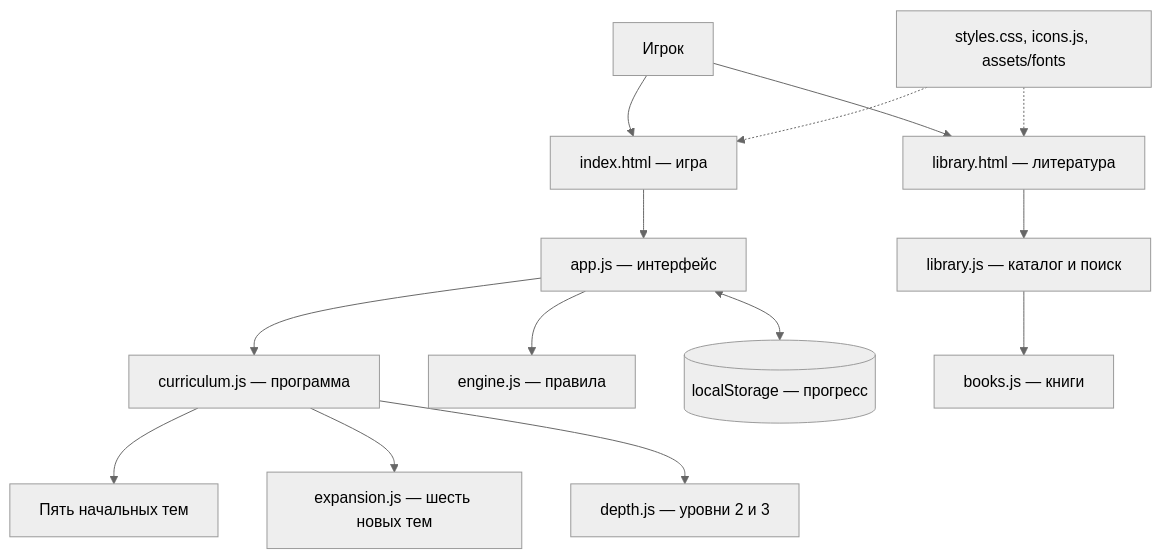
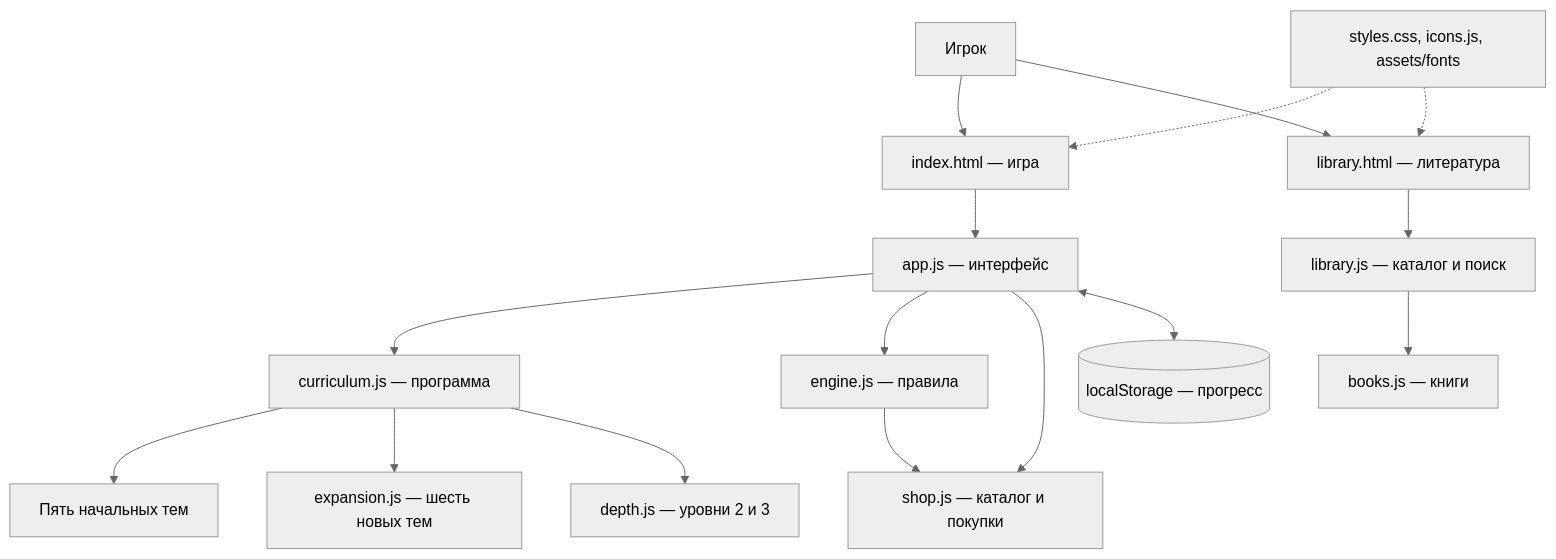
One commit to KhokhlovArtem/AI-Magic changed the second of 10 diagrams in README.md. Above: the diagram before and after it, drawn with Mermaid (neutral theme). The commit also changed other lines of this file and 7 other files, not shown here.

````diff
--- a/README.md
+++ b/README.md
@@ -118,18 +121,20 @@
 ```mermaid
 flowchart TB
     Player["Игрок"] --> Main["index.html — игра"]
     Player --> Library["library.html — литература"]
 
     Main --> App["app.js — интерфейс"]
     App --> Curriculum["curriculum.js — программа"]
     Curriculum --> Base["Пять начальных тем"]
     Curriculum --> Expansion["expansion.js — шесть новых тем"]
     Curriculum --> Depth["depth.js — уровни 2 и 3"]
     App --> Engine["engine.js — правила"]
+    App --> Shop["shop.js — каталог и покупки"]
+    Engine --> Shop
     App <--> Storage[("localStorage — прогресс")]
 
     Library --> LibraryUI["library.js — каталог и поиск"]
     LibraryUI --> Books["books.js — книги"]
     Visual["styles.css, icons.js, assets/fonts"] -.-> Main
     Visual -.-> Library
 ```
````
